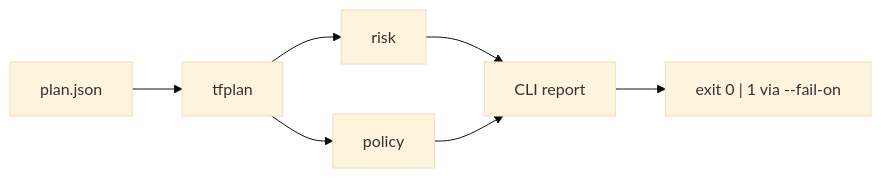
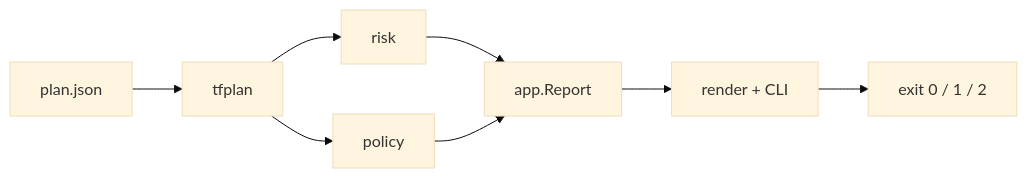
One commit to SamyBaouche/iac-sentinel changed the diagram in README.md. Above: the diagram before and after it, drawn with Mermaid (base theme). The commit also changed other lines of this file and 13 other files, not shown here.

````diff
--- a/README.md
+++ b/README.md
@@ -19,9 +19,10 @@
 ```mermaid
 flowchart LR
   A[plan.json] --> B[tfplan]
   B --> C[risk]
   B --> D[policy]
-  C --> E[CLI report]
+  C --> E[app.Report]
   D --> E
-  E --> F["exit 0 | 1 via --fail-on"]
+  E --> F[render + CLI]
+  F --> G["exit 0 / 1 / 2"]
 ```
````
